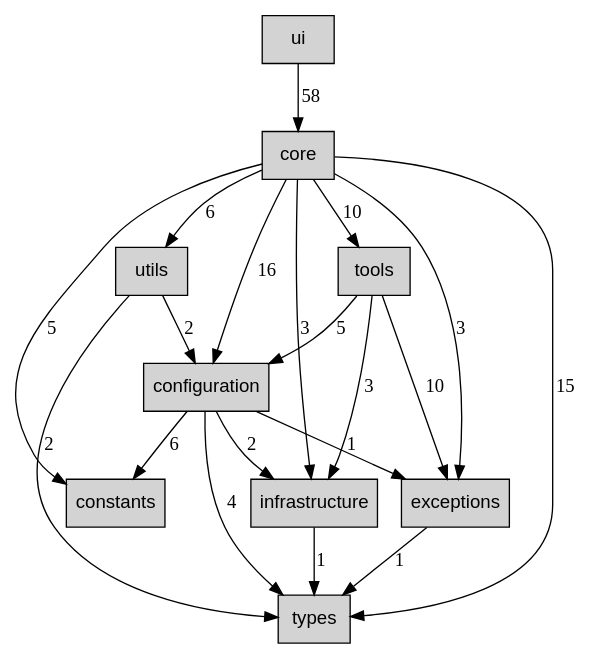
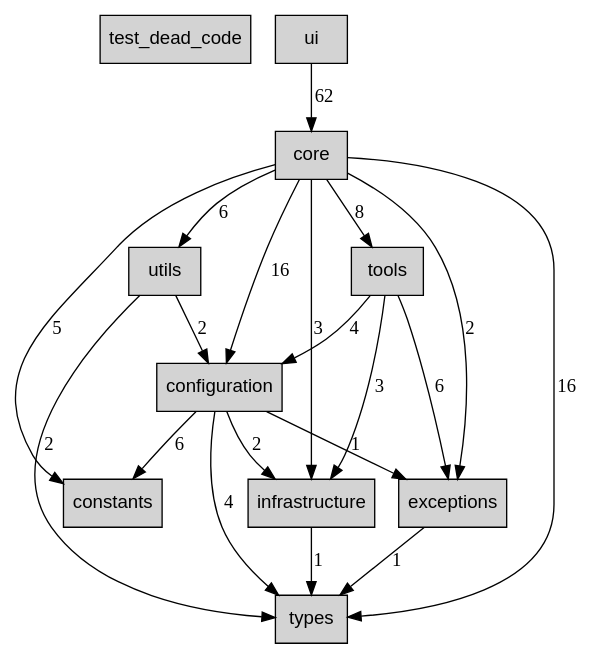
Before and after one commit to alchemiststudiosDOTai/tunacode: the diagram in docs/architecture/dependencies/DEPENDENCY_LAYERS.dot, drawn with Graphviz. The commit also changed 2 other files, not shown here.

```diff
--- a/docs/architecture/dependencies/DEPENDENCY_LAYERS.dot
+++ b/docs/architecture/dependencies/DEPENDENCY_LAYERS.dot
@@ -1,34 +1,35 @@
 digraph tunacode_layers {
   rankdir=TB;
   node [shape=box, style=filled, fontname=Arial];
 
+  test_dead_code [label="test_dead_code"];
   ui [label="ui"];
   core [label="core"];
   tools [label="tools"];
   utils [label="utils"];
   configuration [label="configuration"];
   constants [label="constants"];
   exceptions [label="exceptions"];
   infrastructure [label="infrastructure"];
   types [label="types"];
 
   configuration -> constants [label="6"];
   configuration -> exceptions [label="1"];
   configuration -> infrastructure [label="2"];
   configuration -> types [label="4"];
   core -> configuration [label="16"];
   core -> constants [label="5"];
-  core -> exceptions [label="3"];
+  core -> exceptions [label="2"];
   core -> infrastructure [label="3"];
-  core -> tools [label="10"];
-  core -> types [label="15"];
+  core -> tools [label="8"];
+  core -> types [label="16"];
   core -> utils [label="6"];
   exceptions -> types [label="1"];
   infrastructure -> types [label="1"];
-  tools -> configuration [label="5"];
-  tools -> exceptions [label="10"];
+  tools -> configuration [label="4"];
+  tools -> exceptions [label="6"];
   tools -> infrastructure [label="3"];
-  ui -> core [label="58"];
+  ui -> core [label="62"];
   utils -> configuration [label="2"];
   utils -> types [label="2"];
 }
```
